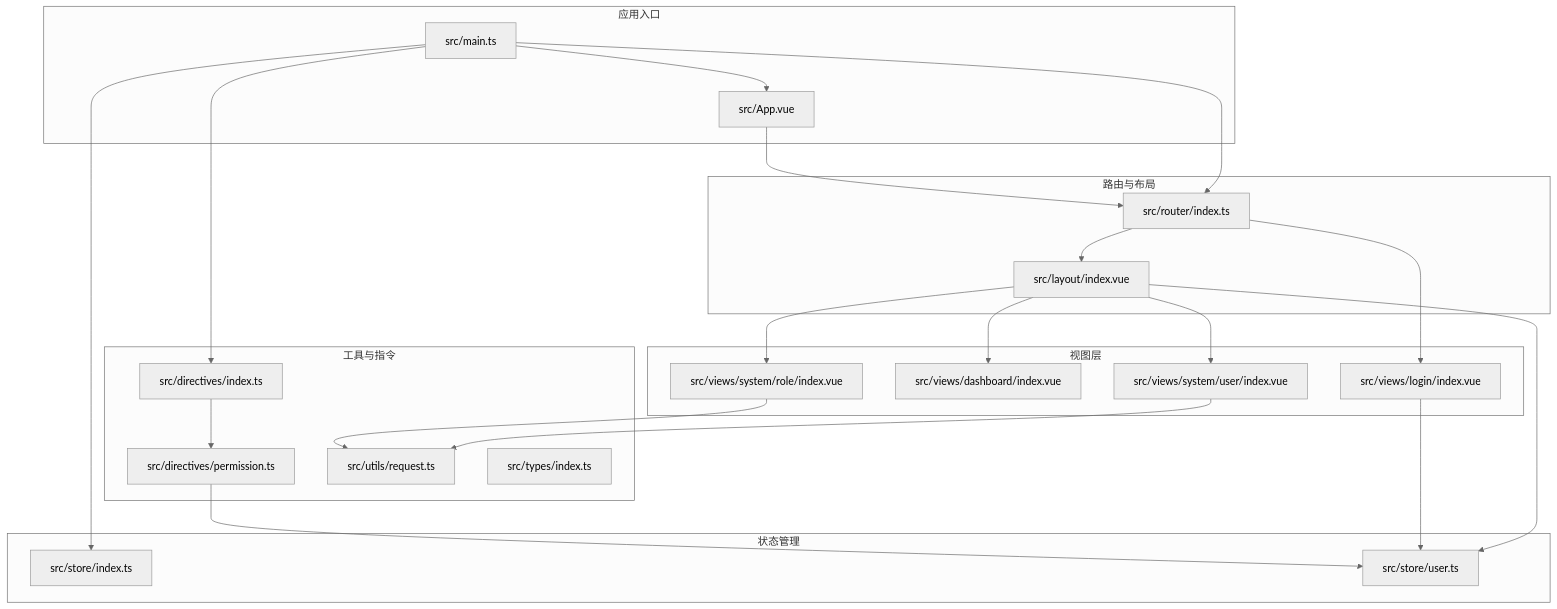
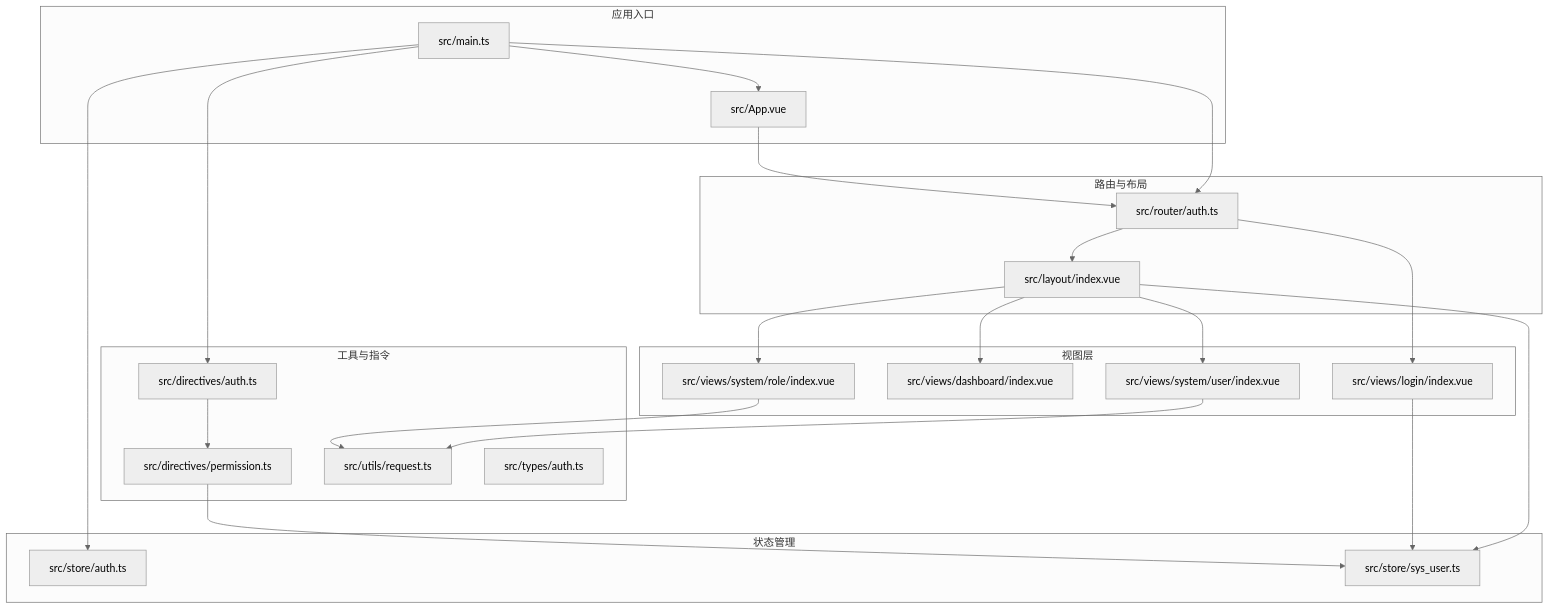
One commit to qiseyun/vue-ts-admin changed the first of 10 diagrams in .qoder/repowiki/zh/content/架构设计/架构设计.md. Above: the diagram before and after it, drawn with Mermaid (neutral theme). The commit also changed other lines of this file and 42 other files, not shown here.

````diff
--- a/.qoder/repowiki/zh/content/架构设计/架构设计.md
+++ b/.qoder/repowiki/zh/content/架构设计/架构设计.md
@@ -51,43 +51,43 @@
 ```mermaid
 graph TB
 subgraph "应用入口"
 MAIN["src/main.ts"]
 APP["src/App.vue"]
 end
 subgraph "路由与布局"
-ROUTER["src/router/index.ts"]
+ROUTER["src/router/auth.ts"]
 LAYOUT["src/layout/index.vue"]
 end
 subgraph "状态管理"
-PINIA["src/store/index.ts"]
-STORE_USER["src/store/user.ts"]
+PINIA["src/store/auth.ts"]
+STORE_USER["src/store/sys_user.ts"]
 end
 subgraph "视图层"
 LOGIN["src/views/login/index.vue"]
 DASHBOARD["src/views/dashboard/index.vue"]
 SYS_USER["src/views/system/user/index.vue"]
 SYS_ROLE["src/views/system/role/index.vue"]
 end
 subgraph "工具与指令"
-DIRECTIVES["src/directives/index.ts"]
+DIRECTIVES["src/directives/auth.ts"]
 DIRECTIVE_PERM["src/directives/permission.ts"]
 REQUEST["src/utils/request.ts"]
-TYPES["src/types/index.ts"]
+TYPES["src/types/auth.ts"]
 end
 MAIN --> APP
 MAIN --> ROUTER
 MAIN --> PINIA
 MAIN --> DIRECTIVES
 APP --> ROUTER
 ROUTER --> LAYOUT
 LAYOUT --> DASHBOARD
 LAYOUT --> SYS_USER
 LAYOUT --> SYS_ROLE
 ROUTER --> LOGIN
 LAYOUT --> STORE_USER
 LOGIN --> STORE_USER
 SYS_USER --> REQUEST
 SYS_ROLE --> REQUEST
 DIRECTIVES --> DIRECTIVE_PERM
 DIRECTIVE_PERM --> STORE_USER
 ```
````
